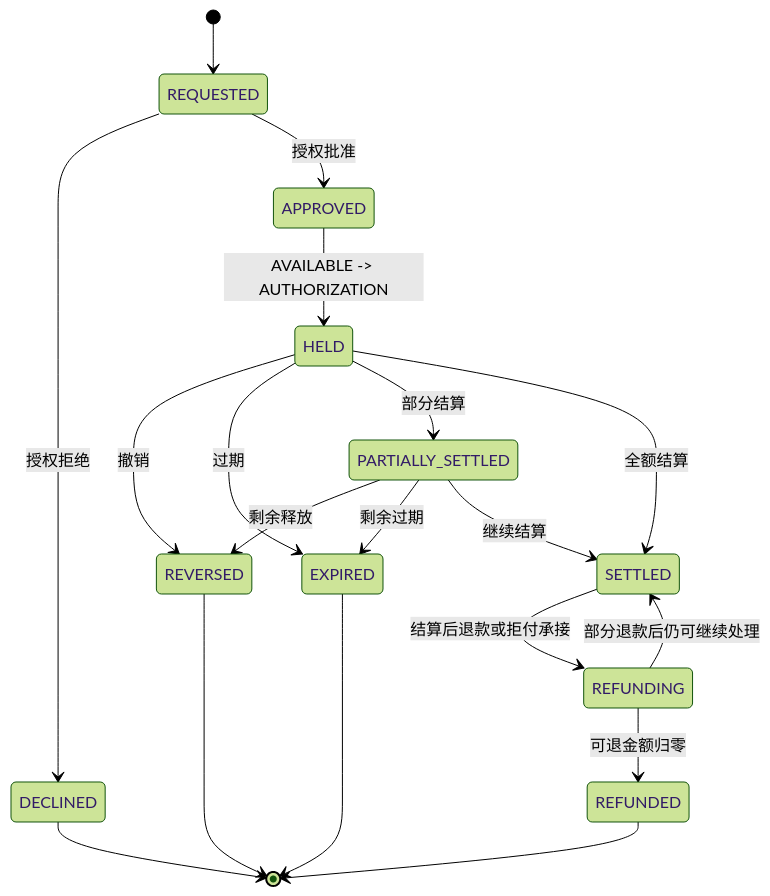
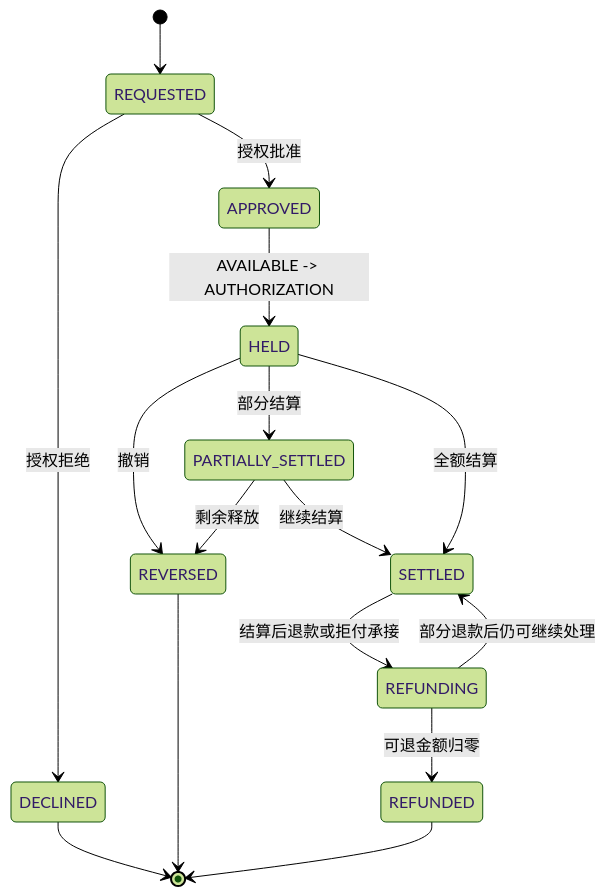
Before and after one commit to fengwuxp/wind-funds: the fifth of 18 diagrams in docs/系分设计/02-交易路由钱包账目与投影系分设计.md, drawn with Mermaid (forest theme). The commit also changed other lines of this file and 91 other files, not shown here.

````diff
--- a/docs/系分设计/02-交易路由钱包账目与投影系分设计.md
+++ b/docs/系分设计/02-交易路由钱包账目与投影系分设计.md
@@ -300,21 +298,18 @@
 ```mermaid
 stateDiagram
     [*] --> REQUESTED
     REQUESTED --> DECLINED: 授权拒绝
     REQUESTED --> APPROVED: 授权批准
     APPROVED --> HELD: AVAILABLE -> AUTHORIZATION
     HELD --> REVERSED: 撤销
-    HELD --> EXPIRED: 过期
     HELD --> PARTIALLY_SETTLED: 部分结算
     HELD --> SETTLED: 全额结算
     PARTIALLY_SETTLED --> REVERSED: 剩余释放
-    PARTIALLY_SETTLED --> EXPIRED: 剩余过期
     PARTIALLY_SETTLED --> SETTLED: 继续结算
     SETTLED --> REFUNDING: 结算后退款或拒付承接
     REFUNDING --> SETTLED: 部分退款后仍可继续处理
     REFUNDING --> REFUNDED: 可退金额归零
     DECLINED --> [*]
     REVERSED --> [*]
-    EXPIRED --> [*]
     REFUNDED --> [*]
 ```
````
